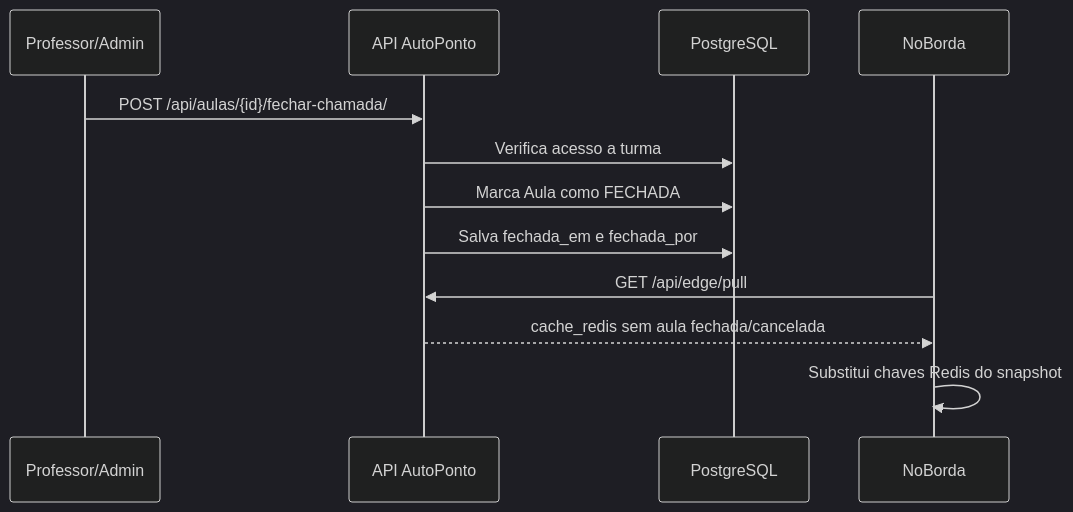
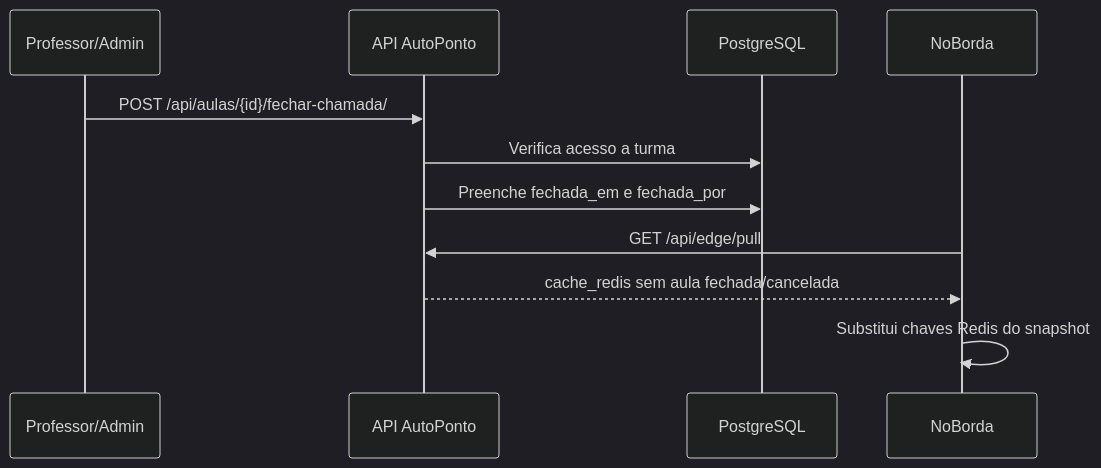
One commit to DanielKGM/autoponto changed the seventh of 10 diagrams in autoponto-backend/docs/diagramas-tcc.md. Above: the diagram before and after it, drawn with Mermaid (dark theme). The commit also changed other lines of this file and 17 other files, not shown here.

First line of the commit message:
Refactor API documentation and frontend structure; update requirements and improve user flows

````diff
--- a/autoponto-backend/docs/diagramas-tcc.md
+++ b/autoponto-backend/docs/diagramas-tcc.md
@@ -149,15 +154,14 @@
 ```mermaid
 sequenceDiagram
     participant Professor as Professor/Admin
     participant API as API AutoPonto
     participant DB as PostgreSQL
     participant Edge as NoBorda
 
     Professor->>API: POST /api/aulas/{id}/fechar-chamada/
     API->>DB: Verifica acesso a turma
-    API->>DB: Marca Aula como FECHADA
-    API->>DB: Salva fechada_em e fechada_por
+    API->>DB: Preenche fechada_em e fechada_por
     Edge->>API: GET /api/edge/pull
     API-->>Edge: cache_redis sem aula fechada/cancelada
     Edge->>Edge: Substitui chaves Redis do snapshot
 ```
````
